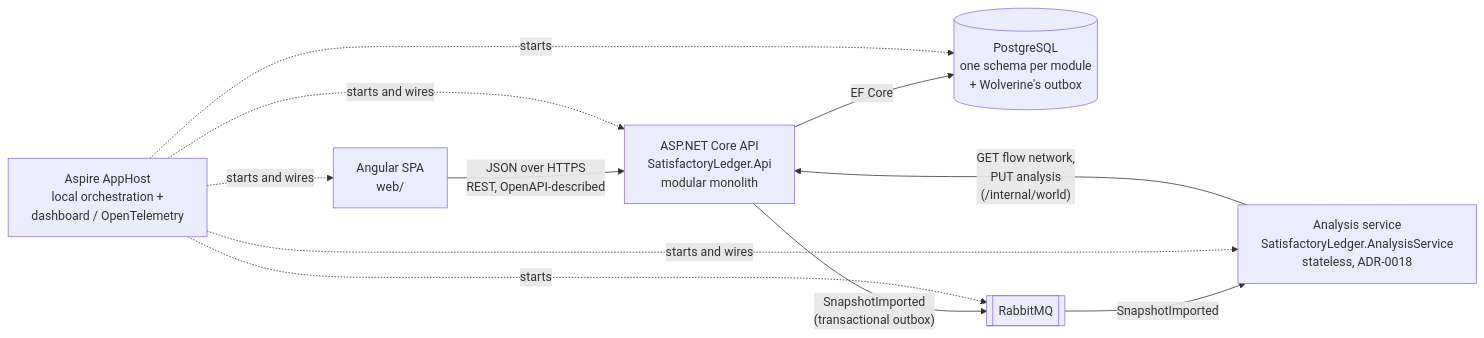
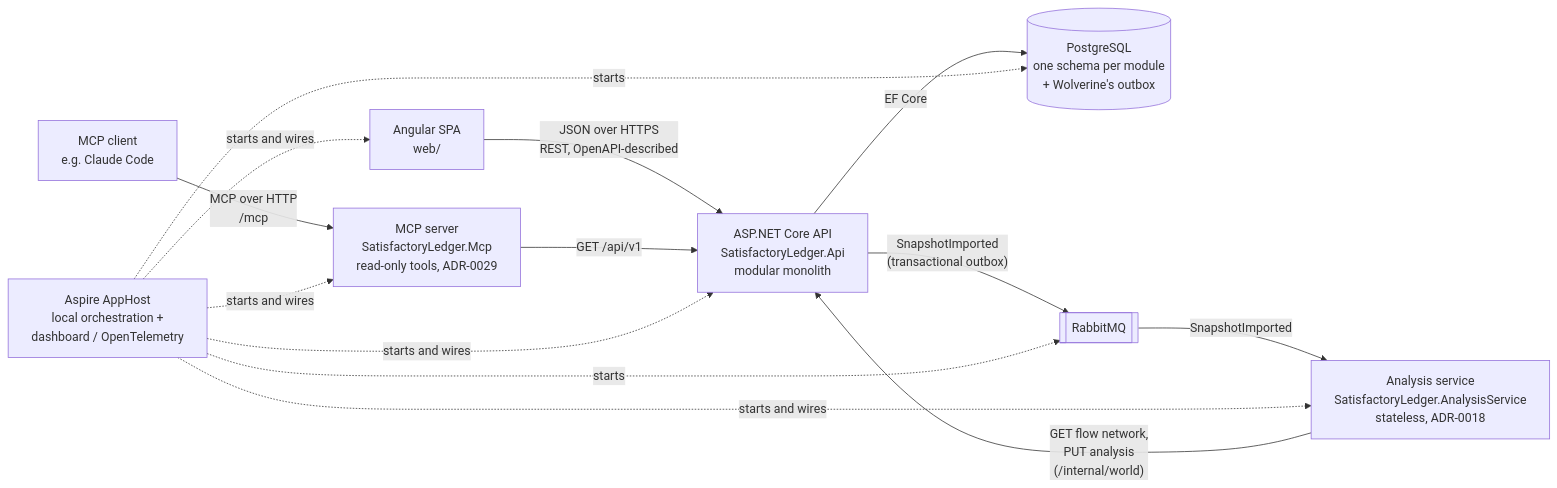
Before and after one commit to tmaartent/SatisfactoryLedger: the second of 3 diagrams in docs/architecture/overview.md, drawn with Mermaid. The commit also changed other lines of this file and 5 other files, not shown here.

First line of the commit message:
docs: step 55, the MCP server

````diff
--- a/docs/architecture/overview.md
+++ b/docs/architecture/overview.md
@@ -32,20 +32,25 @@
 ```mermaid
 flowchart LR
     browser[Angular SPA<br/>web/]
     api[ASP.NET Core API<br/>SatisfactoryLedger.Api<br/>modular monolith]
     analysis[Analysis service<br/>SatisfactoryLedger.AnalysisService<br/>stateless, ADR-0018]
+    mcp[MCP server<br/>SatisfactoryLedger.Mcp<br/>read-only tools, ADR-0029]
+    model[MCP client<br/>e.g. Claude Code]
     db[(PostgreSQL<br/>one schema per module<br/>+ Wolverine's outbox)]
     mq[[RabbitMQ]]
     apphost[Aspire AppHost<br/>local orchestration +<br/>dashboard / OpenTelemetry]
 
     browser -- "JSON over HTTPS<br/>REST, OpenAPI-described" --> api
     api -- "EF Core" --> db
     api -- "SnapshotImported<br/>(transactional outbox)" --> mq
     mq -- "SnapshotImported" --> analysis
     analysis -- "GET flow network,<br/>PUT analysis<br/>(/internal/world)" --> api
+    model -- "MCP over HTTP<br/>/mcp" --> mcp
+    mcp -- "GET /api/v1" --> api
     apphost -. starts and wires .-> browser
     apphost -. starts and wires .-> api
     apphost -. starts and wires .-> analysis
+    apphost -. starts and wires .-> mcp
     apphost -. starts .-> db
     apphost -. starts .-> mq
 ```
````
